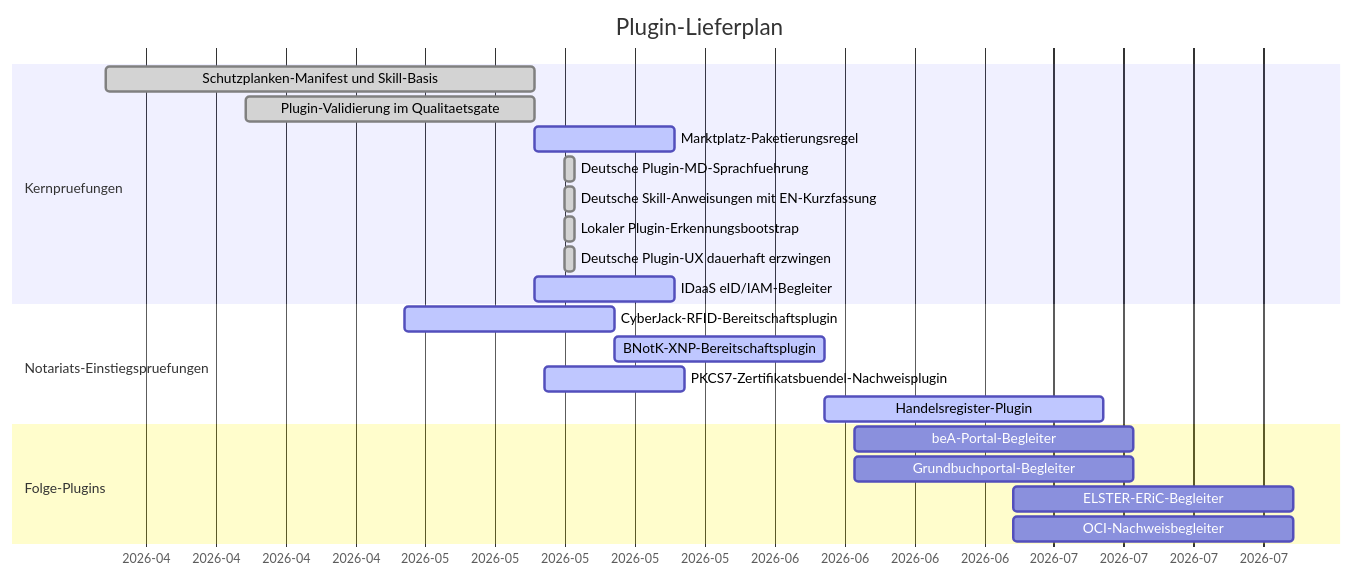
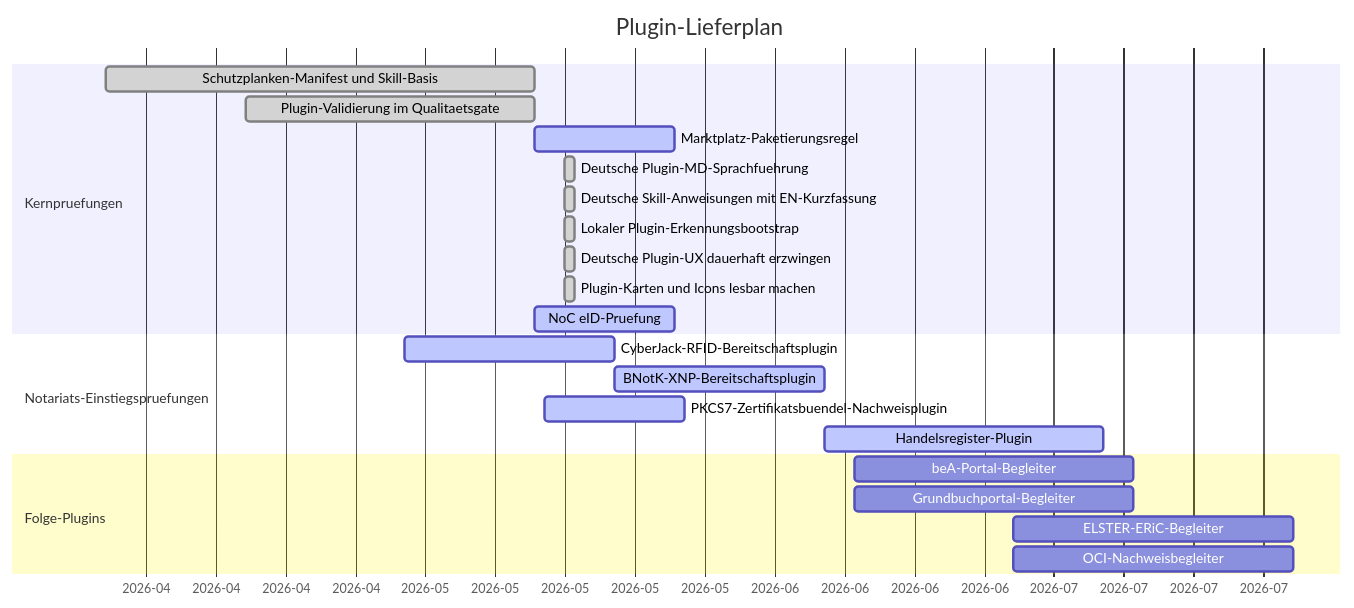
One commit to notariat8/NaC changed the diagram in plugins/GANTT.md. Above: the diagram before and after it, drawn with Mermaid. The commit also changed other lines of this file and 71 other files, not shown here.

````diff
--- a/plugins/GANTT.md
+++ b/plugins/GANTT.md
@@ -5,28 +5,29 @@
 ```mermaid
 gantt
     title Plugin-Lieferplan
     dateFormat  YYYY-MM-DD
     axisFormat  %Y-%m
 
     section Kernpruefungen
     Schutzplanken-Manifest und Skill-Basis     :done,   p1, 2026-04-01, 2026-05-14
     Plugin-Validierung im Qualitaetsgate       :done,   p2, 2026-04-15, 2026-05-14
     Marktplatz-Paketierungsregel               :active, p3, 2026-05-14, 14d
     Deutsche Plugin-MD-Sprachfuehrung          :done,   p3a, 2026-05-17, 1d
     Deutsche Skill-Anweisungen mit EN-Kurzfassung :done, p3b, 2026-05-17, 1d
     Lokaler Plugin-Erkennungsbootstrap          :done,   p3c, 2026-05-17, 1d
     Deutsche Plugin-UX dauerhaft erzwingen      :done,   p3d, 2026-05-17, 1d
-    IDaaS eID/IAM-Begleiter                    :active, p4, 2026-05-14, 14d
+    Plugin-Karten und Icons lesbar machen       :done,   p3e, 2026-05-17, 1d
+    NoC eID-Pruefung                            :active, p4, 2026-05-14, 14d
 
     section Notariats-Einstiegspruefungen
     CyberJack-RFID-Bereitschaftsplugin         :active, p5, 2026-05-01, 21d
     BNotK-XNP-Bereitschaftsplugin              :active, p6, after p5, 21d
     PKCS7-Zertifikatsbuendel-Nachweisplugin    :active, p6a, 2026-05-15, 14d
     Handelsregister-Plugin                     :active, p7, after p6, 28d
 
     section Folge-Plugins
     beA-Portal-Begleiter                       :        p8, 2026-06-15, 28d
     Grundbuchportal-Begleiter                  :        p9, 2026-06-15, 28d
     ELSTER-ERiC-Begleiter                      :        p10, 2026-07-01, 28d
     OCI-Nachweisbegleiter                      :        p11, 2026-07-01, 28d
 ```
````
